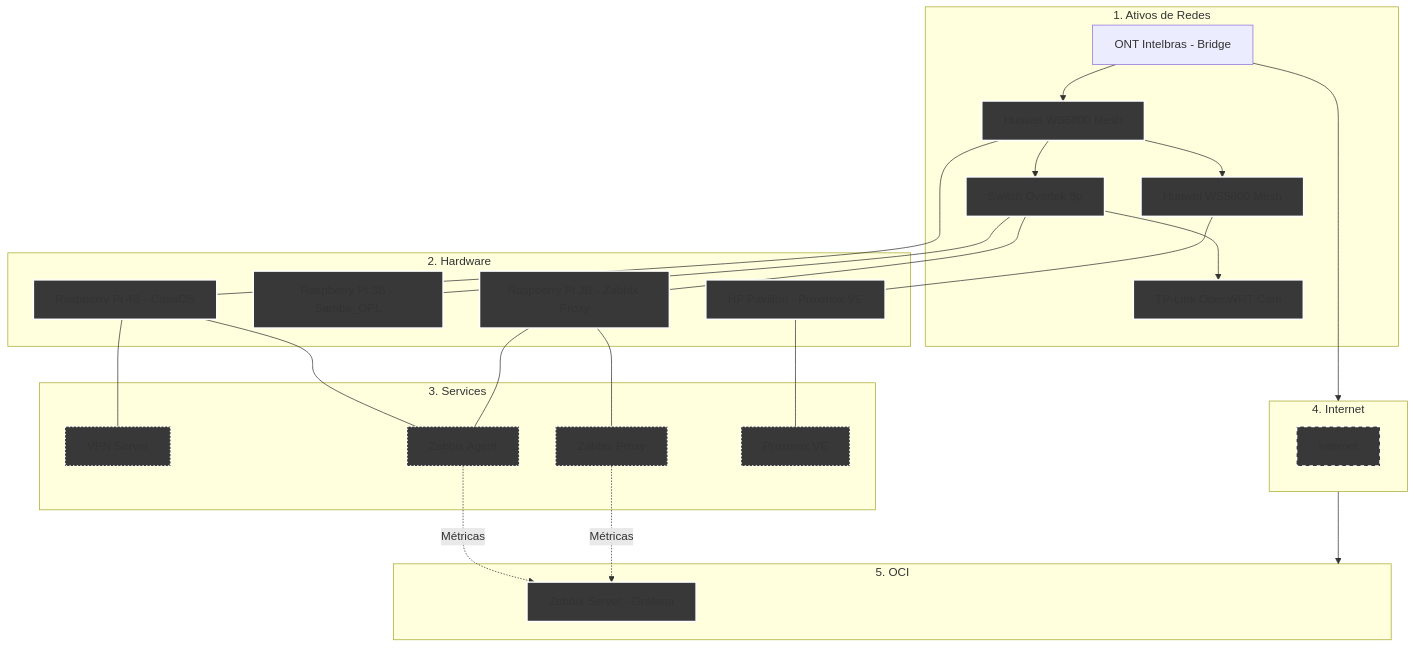
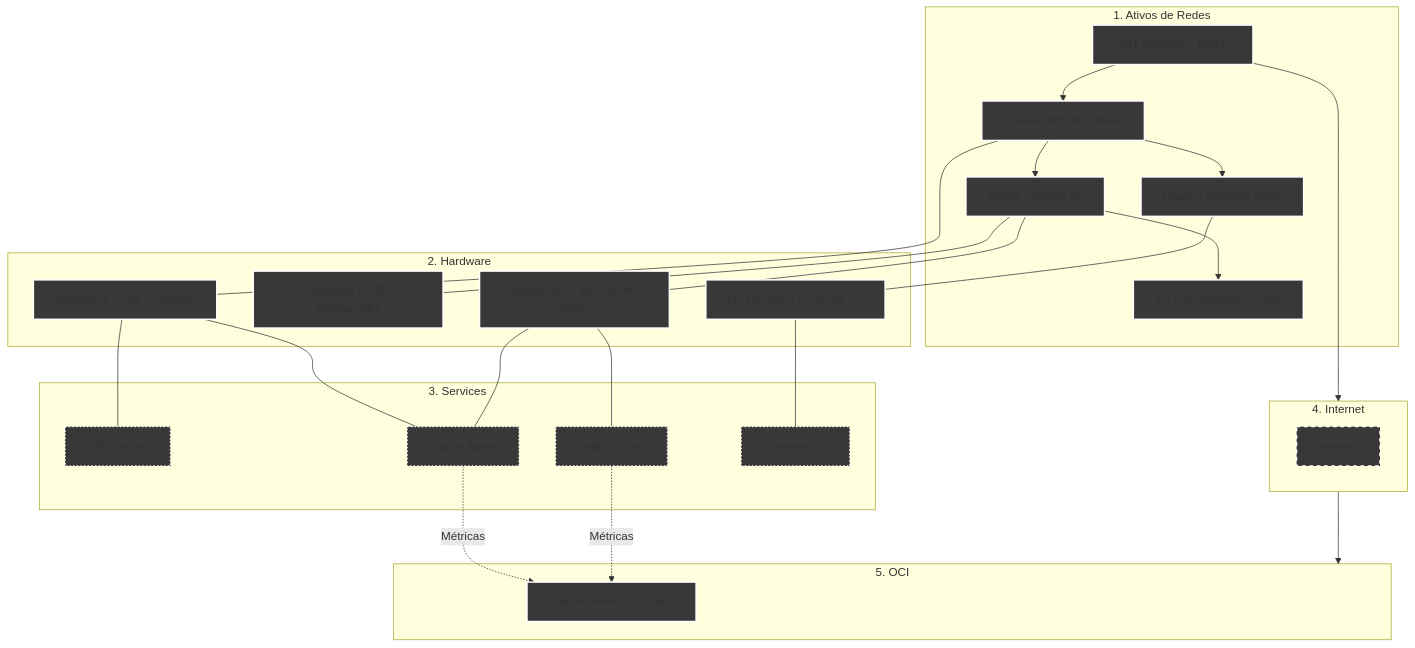
Before and after one commit to kevindexter22/Dr-Hardware-Autonet: the diagram in Infraestructure/README.md, drawn with Mermaid.

````diff
--- a/Infraestructure/README.md
+++ b/Infraestructure/README.md
@@ -13,53 +13,53 @@
 ```mermaid
 graph TD
     %% Styles
     classDef network fill:#383838,stroke:#FFFFFF,stroke-width:2px;
     classDef hardware fill:#383838,stroke:#FFFFFF,stroke-width:2px;
     classDef internet fill:#383838,stroke:#FFFFFF,stroke-width:2px,stroke-dasharray: 5 5;
     classDef services fill:#383838,stroke:#FFFFFF,stroke-width:2px, stroke-dasharray: 2 3;
     classDef oci fill:#383838,stroke:#FFFFFF,stroke-width:2px;
 
     %% 1. ATIVOS DE REDE
     subgraph S1 [1. Ativos de Redes]
-        ONT[ONT Intelbras - Bridge]:::rede --> R_Mesh1[Huawei WS5800 Mesh]:::network
+        ONT[ONT Intelbras - Bridge]:::network --> R_Mesh1[Huawei WS5800 Mesh]:::network
         R_Mesh1 --> R_Mesh2[Huawei WS5800 Mesh]:::network
         R_Mesh1 --> SW1[Switch Overtek 8p]:::network
         SW1 --> R_Cams[TP-Link OpenWRT Cam]:::network
     end
 
     %% 2. HARDWARE
     subgraph S2 [2. Hardware]
         R_Mesh1 --- RPi4B[Raspberry Pi 4B - CasaOS]:::hardware
         SW1 --- RPi3B_1[Raspberry Pi 3B - Samba_OPL]:::hardware
         SW1 --- RPi3B_2[Raspberry Pi 3B - Zabbix Proxy]:::hardware
         R_Mesh2 --- HP[HP Pavilion - Proxmox VE]:::hardware
     end
 
     %% 3. SERVICES     
     subgraph S3 [3. Services];
         RPi4B --- VPN[VPN Server]:::services
         RPi4B --- ZA[Zabbix Agent]:::services
         RPi3B_2 --- ZA[Zabbix Agent]:::services
         RPi3B_2 --- ZP[Zabbix Proxy]:::services
         HP --- PVE[Proxmox VE]:::services        
     end
 
     %% 4. Internet (The Bridge)
     subgraph S4 [4. Internet]
            internet[Internet]:::internet
     end
 
     %% 5. Oracle Cloud Infrastructure
     subgraph S5 [5. OCI]
         ZS[Zabbix Server - Grafana]:::oci
     end
 
     %% Conections of data flow
     ONT --> S4
     S4 --> S5
     
     %% Logical conections
     ZA -.-> |Métricas| ZS
     ZP -.-> |Métricas| ZS 
 
 ```
````
